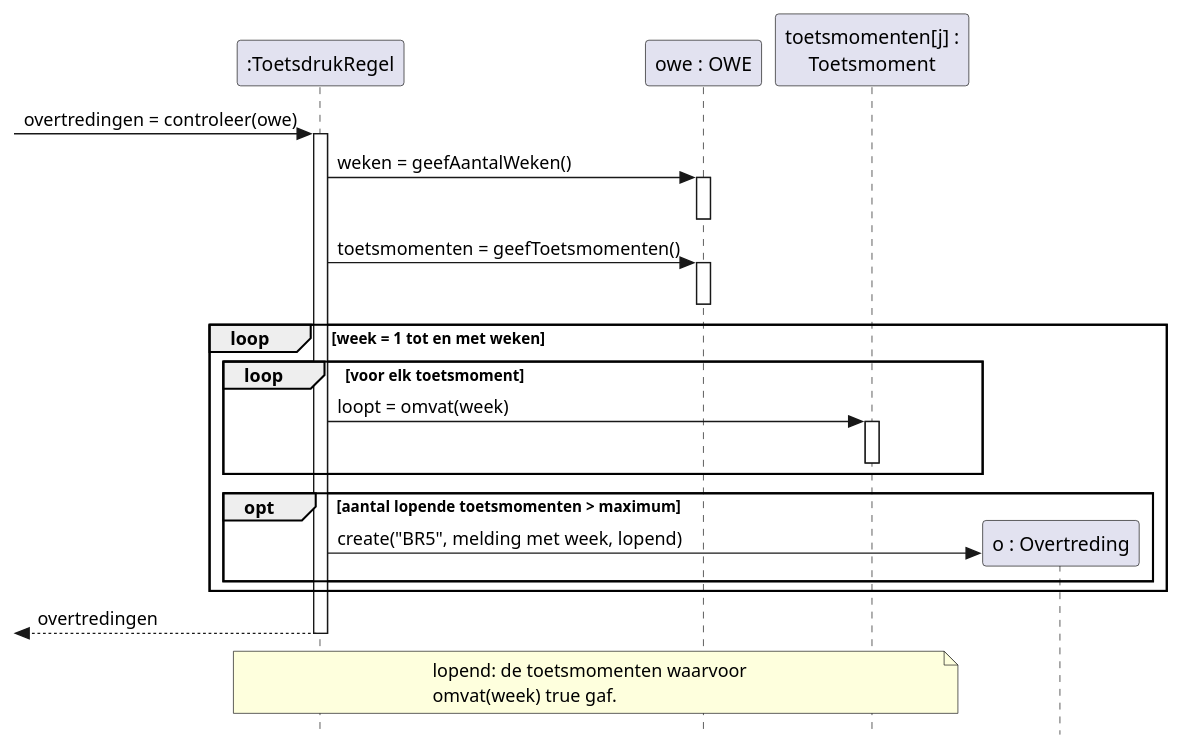
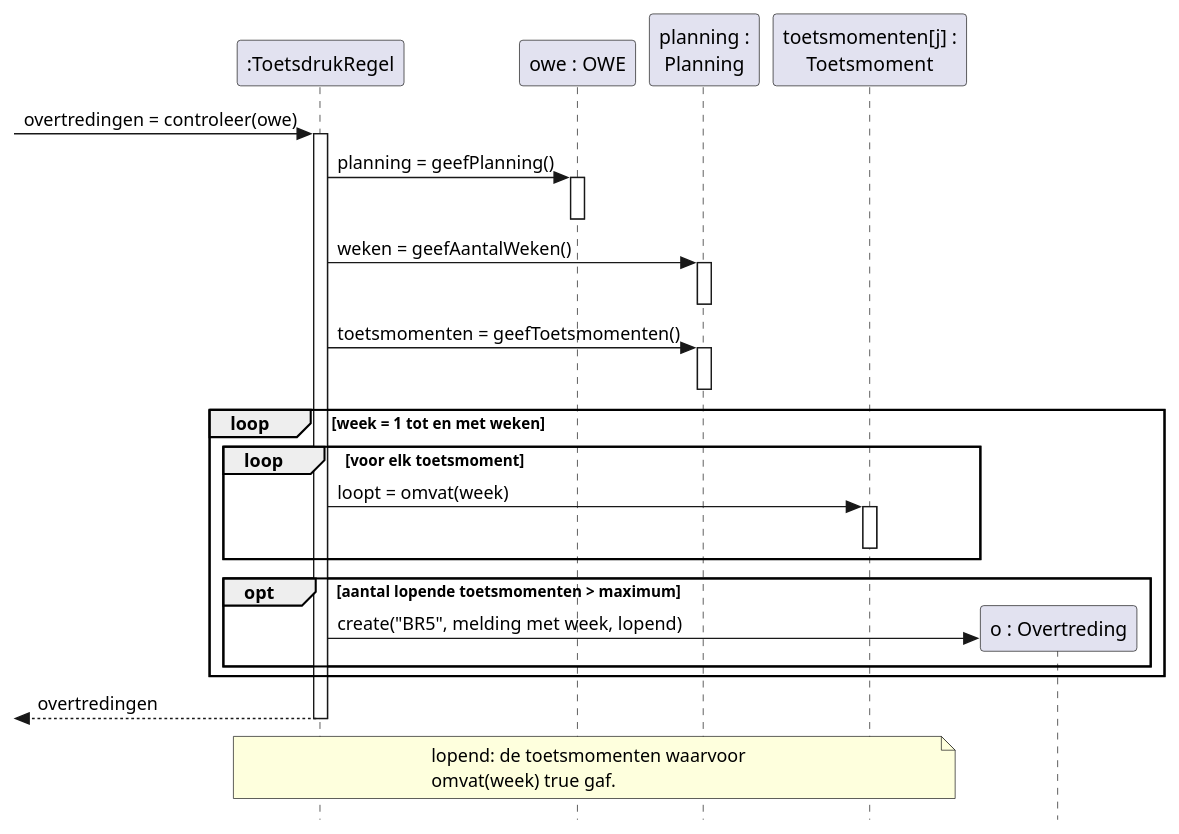
One commit to HAN-Craftsmanship-KL-JJG/casus changed the diagram in docs/diagrams/sd-br5-toetsdruk.puml. Above: the diagram before and after it, drawn with PlantUML. The commit also changed 18 other files, not shown here.

First line of the commit message:
refactor(docs): split OWE into Rubric and Planning

```diff
--- a/docs/diagrams/sd-br5-toetsdruk.puml
+++ b/docs/diagrams/sd-br5-toetsdruk.puml
@@ -1,39 +1,43 @@
 @startuml sd-br5-toetsdruk
 ' Sequence diagram van ToetsdrukRegel.controleer (BR5).
 ' Toelichting: docs/08-sequencediagrammen.md
 skinparam style strictuml
 skinparam shadowing false
 skinparam defaultFontName Helvetica
 hide footbox
 
 participant ":ToetsdrukRegel" as regel
 participant "owe : OWE" as owe
+participant "planning :\nPlanning" as planning
 participant "toetsmomenten[j] :\nToetsmoment" as toetsmoment
 participant "o : Overtreding" as overtreding
 
 [-> regel : overtredingen = controleer(owe)
 activate regel
-regel -> owe : weken = geefAantalWeken()
+regel -> owe : planning = geefPlanning()
 activate owe
 deactivate owe
-regel -> owe : toetsmomenten = geefToetsmomenten()
-activate owe
-deactivate owe
+regel -> planning : weken = geefAantalWeken()
+activate planning
+deactivate planning
+regel -> planning : toetsmomenten = geefToetsmomenten()
+activate planning
+deactivate planning
 loop week = 1 tot en met weken
   loop voor elk toetsmoment
     regel -> toetsmoment : loopt = omvat(week)
     activate toetsmoment
     deactivate toetsmoment
   end
   opt aantal lopende toetsmomenten > maximum
     create overtreding
     regel -> overtreding : create("BR5", melding met week, lopend)
   end
 end
 [<-- regel : overtredingen
 deactivate regel
 note over regel, toetsmoment
   lopend: de toetsmomenten waarvoor
   omvat(week) true gaf.
 end note
 @enduml
```
